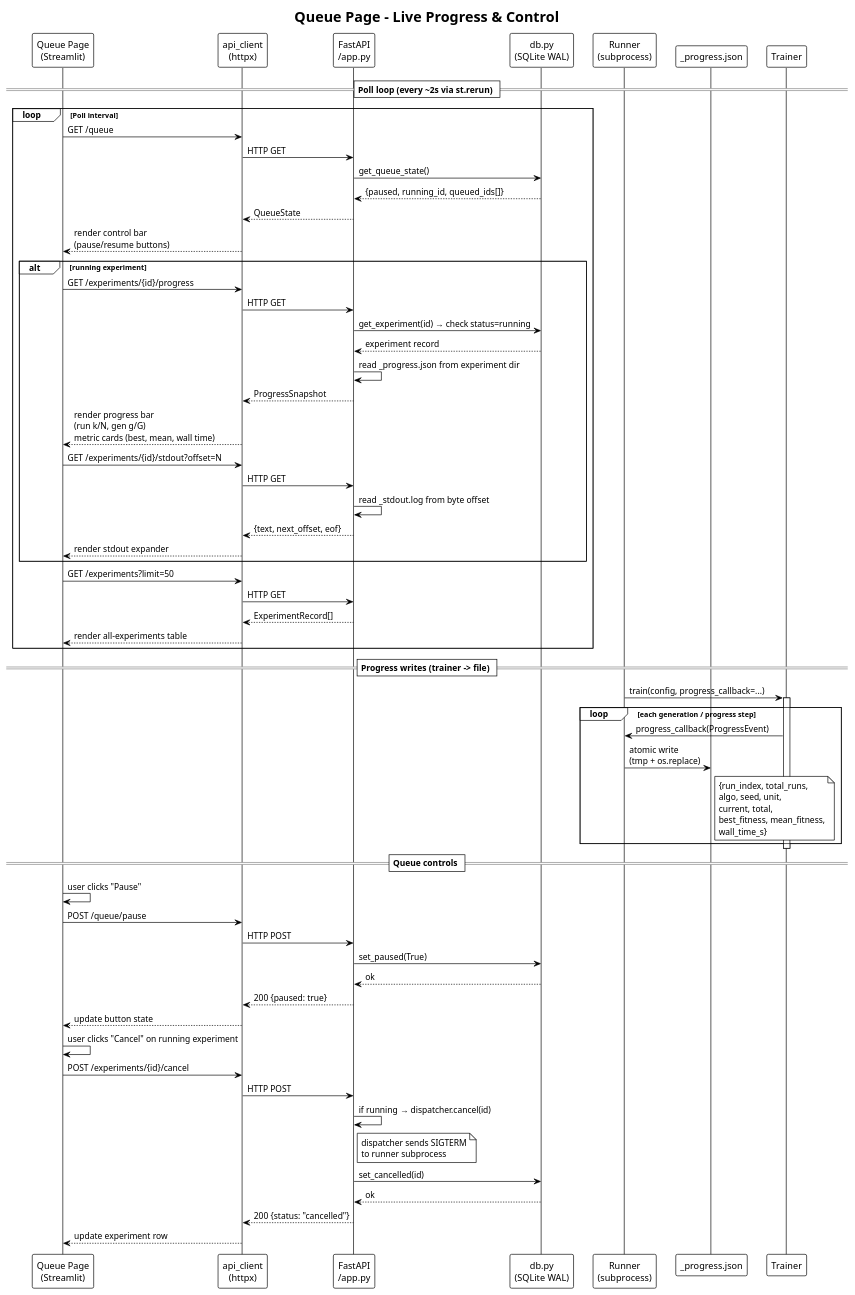
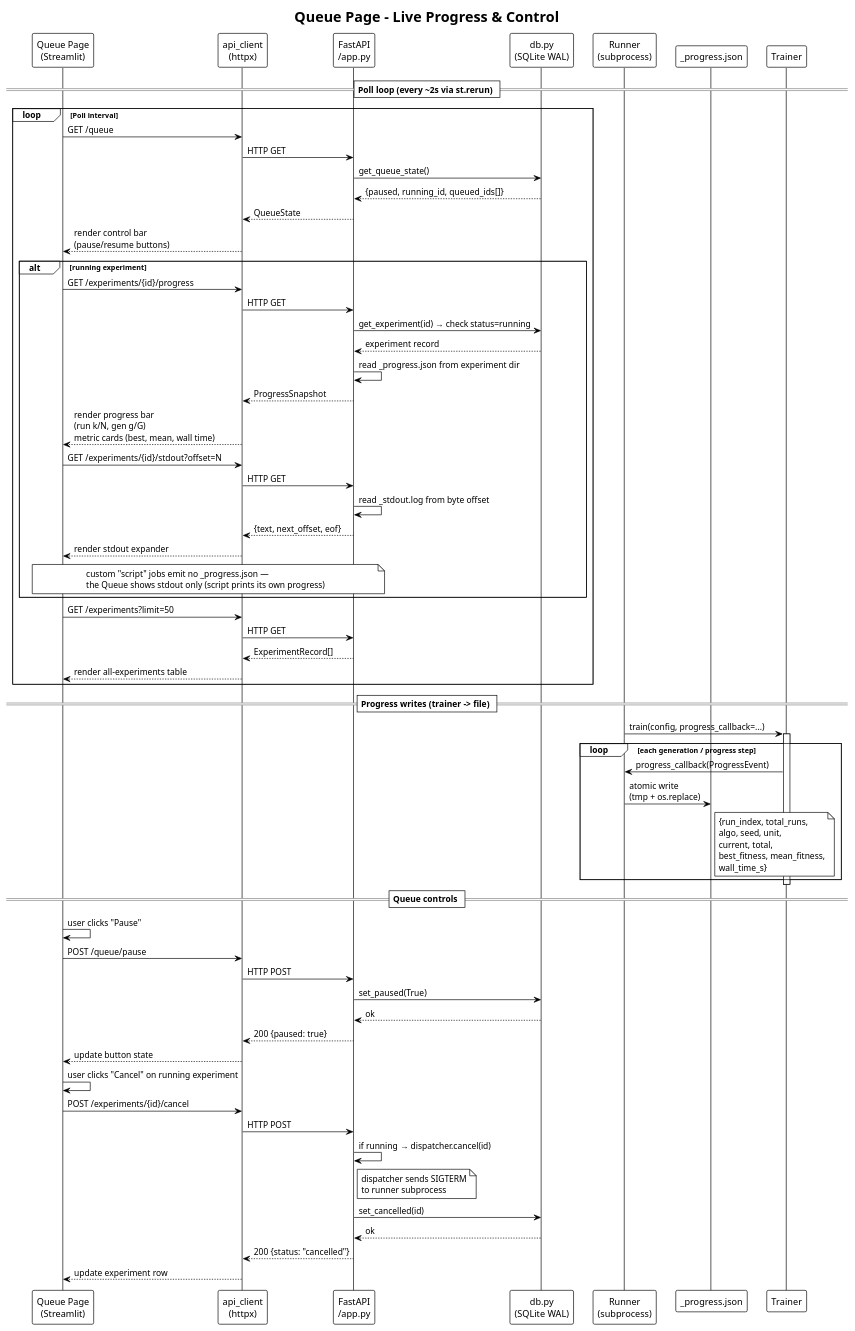
The diagram in docs/UML/sequence_queue_progress.puml (Alex180504/DEAP-Zoo-bridge), drawn with PlantUML before and after one commit. The commit also changed 25 other files, not shown here.

```diff
--- a/docs/UML/sequence_queue_progress.puml
+++ b/docs/UML/sequence_queue_progress.puml
@@ -1,72 +1,73 @@
 @startuml sequence_queue_progress
 !theme plain
 title Queue Page – Live Progress & Control
 
 participant "Queue Page\n(Streamlit)" as QP
 participant "api_client\n(httpx)" as Client
 participant "FastAPI\n/app.py" as API
 participant "db.py\n(SQLite WAL)" as DB
 participant "Runner\n(subprocess)" as Runner
 participant "_progress.json" as Prog
 
 == Poll loop (every ~2s via st.rerun) ==
 loop Poll interval
     QP -> Client: GET /queue
     Client -> API: HTTP GET
     API -> DB: get_queue_state()
     DB --> API: {paused, running_id, queued_ids[]}
     API --> Client: QueueState
     Client --> QP: render control bar\n(pause/resume buttons)
 
     alt running experiment
         QP -> Client: GET /experiments/{id}/progress
         Client -> API: HTTP GET
         API -> DB: get_experiment(id) → check status=running
         DB --> API: experiment record
         API -> API: read _progress.json from experiment dir
         API --> Client: ProgressSnapshot
         Client --> QP: render progress bar\n(run k/N, gen g/G)\nmetric cards (best, mean, wall time)
 
         QP -> Client: GET /experiments/{id}/stdout?offset=N
         Client -> API: HTTP GET
         API -> API: read _stdout.log from byte offset
         API --> Client: {text, next_offset, eof}
         Client --> QP: render stdout expander
+        note over QP, API: custom "script" jobs emit no _progress.json —\nthe Queue shows stdout only (script prints its own progress)
     end
 
     QP -> Client: GET /experiments?limit=50
     Client -> API: HTTP GET
     API --> Client: ExperimentRecord[]
     Client --> QP: render all-experiments table
 end
 
 == Progress writes (trainer -> file) ==
 Runner -> Trainer: train(config, progress_callback=...)
 activate Trainer
 loop each generation / progress step
     Trainer -> Runner: progress_callback(ProgressEvent)
     Runner -> Prog: atomic write\n(tmp + os.replace)
     note right of Prog: {run_index, total_runs,\nalgo, seed, unit,\ncurrent, total,\nbest_fitness, mean_fitness,\nwall_time_s}
 end
 deactivate Trainer
 
 == Queue controls ==
 QP -> QP: user clicks "Pause"
 QP -> Client: POST /queue/pause
 Client -> API: HTTP POST
 API -> DB: set_paused(True)
 DB --> API: ok
 API --> Client: 200 {paused: true}
 Client --> QP: update button state
 
 QP -> QP: user clicks "Cancel" on running experiment
 QP -> Client: POST /experiments/{id}/cancel
 Client -> API: HTTP POST
 API -> API: if running → dispatcher.cancel(id)
 note right of API: dispatcher sends SIGTERM\nto runner subprocess
 API -> DB: set_cancelled(id)
 DB --> API: ok
 API --> Client: 200 {status: "cancelled"}
 Client --> QP: update experiment row
 
 @enduml
```
